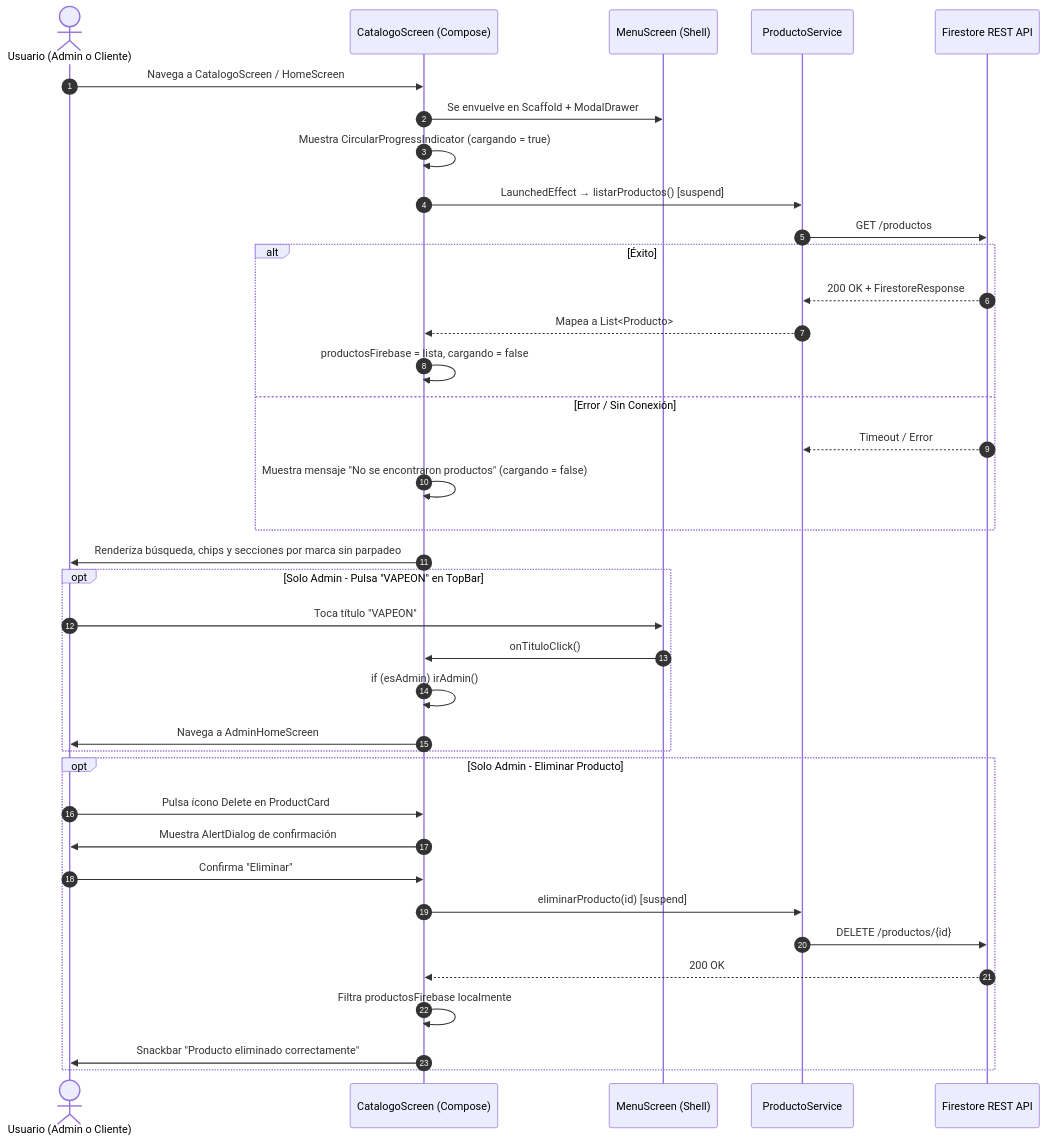
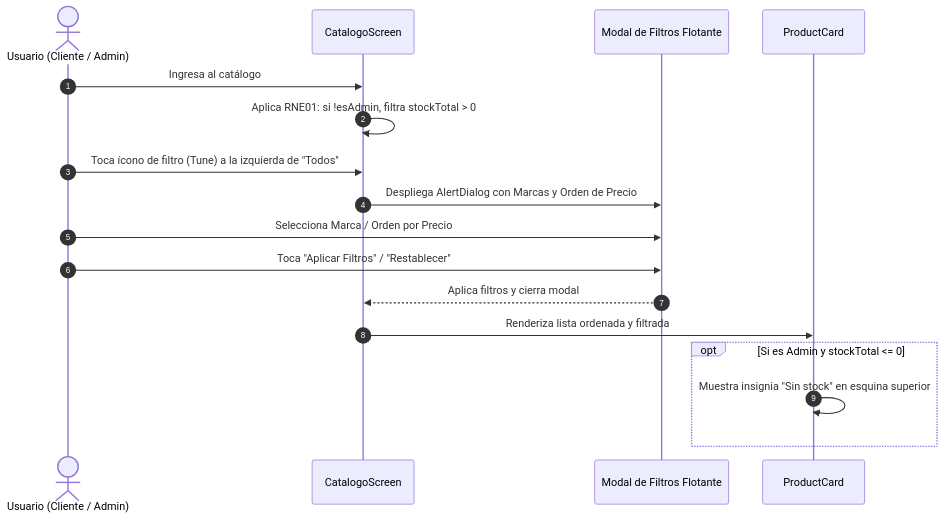
Before and after one commit to Fabricio151205/AppMovil_VapeOn: the diagram in doc/specs/catalogo_spec.md, drawn with Mermaid. The commit also changed other lines of this file and 11 other files, not shown here.

````diff
--- a/doc/specs/catalogo_spec.md
+++ b/doc/specs/catalogo_spec.md
@@ -88,42 +38,20 @@
 ```mermaid
 sequenceDiagram
     autonumber
-    actor User as Usuario (Admin o Cliente)
-    participant UI as CatalogoScreen (Compose)
-    participant Menu as MenuScreen (Shell)
-    participant Service as ProductoService
-    participant Firestore as Firestore REST API
+    actor User as Usuario (Cliente / Admin)
+    participant UI as CatalogoScreen
+    participant Modal as Modal de Filtros Flotante
+    participant Card as ProductCard
 
-    User->>UI: Navega a CatalogoScreen / HomeScreen
-    UI->>Menu: Se envuelve en Scaffold + ModalDrawer
-    UI->>UI: Muestra CircularProgressIndicator (cargando = true)
-    UI->>Service: LaunchedEffect → listarProductos() [suspend]
-    Service->>Firestore: GET /productos
-    alt Éxito
-        Firestore-->>Service: 200 OK + FirestoreResponse
-        Service-->>UI: Mapea a List<Producto>
-        UI->>UI: productosFirebase = lista, cargando = false
-    else Error / Sin Conexión
-        Firestore-->>Service: Timeout / Error
-        UI->>UI: Muestra mensaje "No se encontraron productos" (cargando = false)
-    end
-    UI->>User: Renderiza búsqueda, chips y secciones por marca sin parpadeo
-
-    opt Solo Admin - Pulsa "VAPEON" en TopBar
-        User->>Menu: Toca título "VAPEON"
-        Menu->>UI: onTituloClick()
-        UI->>UI: if (esAdmin) irAdmin()
-        UI->>User: Navega a AdminHomeScreen
-    end
-
-    opt Solo Admin - Eliminar Producto
-        User->>UI: Pulsa ícono Delete en ProductCard
-        UI->>User: Muestra AlertDialog de confirmación
-        User->>UI: Confirma "Eliminar"
-        UI->>Service: eliminarProducto(id) [suspend]
-        Service->>Firestore: DELETE /productos/{id}
-        Firestore-->>UI: 200 OK
-        UI->>UI: Filtra productosFirebase localmente
-        UI->>User: Snackbar "Producto eliminado correctamente"
+    User->>UI: Ingresa al catálogo
+    UI->>UI: Aplica RNE01: si !esAdmin, filtra stockTotal > 0
+    User->>UI: Toca ícono de filtro (Tune) a la izquierda de "Todos"
+    UI->>Modal: Despliega AlertDialog con Marcas y Orden de Precio
+    User->>Modal: Selecciona Marca / Orden por Precio
+    User->>Modal: Toca "Aplicar Filtros" / "Restablecer"
+    Modal-->>UI: Aplica filtros y cierra modal
+    UI->>Card: Renderiza lista ordenada y filtrada
+    opt Si es Admin y stockTotal <= 0
+        Card->>Card: Muestra insignia "Sin stock" en esquina superior
     end
 ```
````
